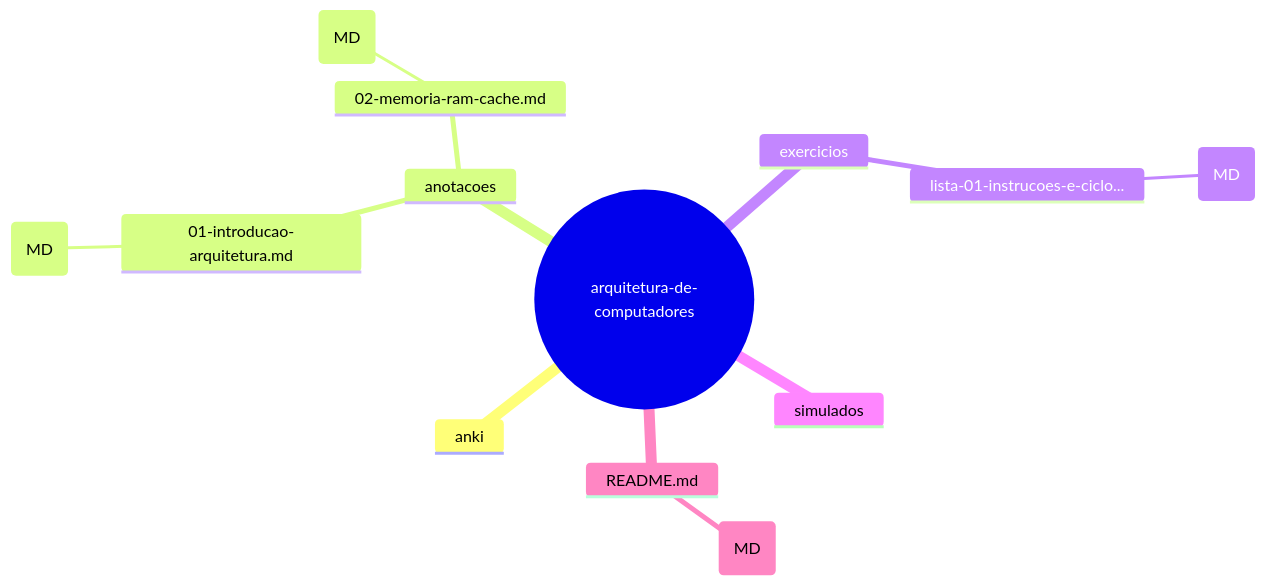
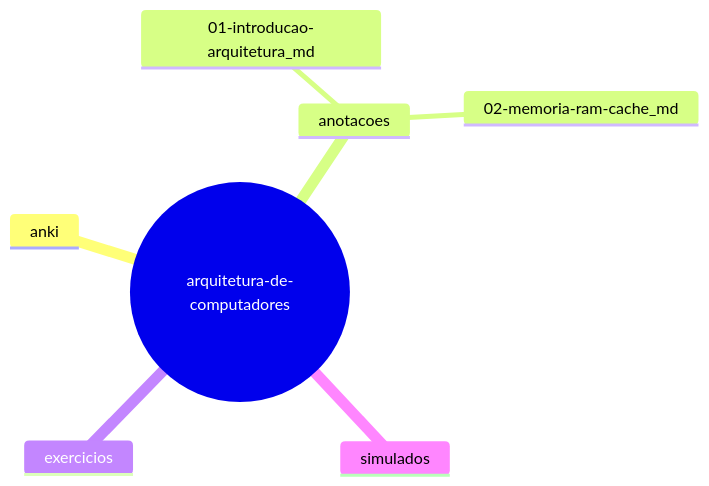
The diagram in 2025-2-Semestre/arquitetura-de-computadores/MAPA_MENTAL.md (jean-nathan/jornada-eng-software), drawn with Mermaid before and after one commit. The commit also changed other lines of this file and 6 other files, not shown here.

Commit message:
004 - Fix GitHub Mermaid mindmap rendering with flowchart syntax v3

````diff
--- a/2025-2-Semestre/arquitetura-de-computadores/MAPA_MENTAL.md
+++ b/2025-2-Semestre/arquitetura-de-computadores/MAPA_MENTAL.md
@@ -7,16 +7,10 @@
 ```mermaid
 mindmap
   root((arquitetura-de-computadores))
     anki
     anotacoes
-      01-introducao-arquitetura.md
-        (MD)
-      02-memoria-ram-cache.md
-        (MD)
+      01-introducao-arquitetura_md
+      02-memoria-ram-cache_md
     exercicios
-      lista-01-instrucoes-e-ciclo...
-        (MD)
     simulados
-    README.md
-      (MD)
 ```
````
